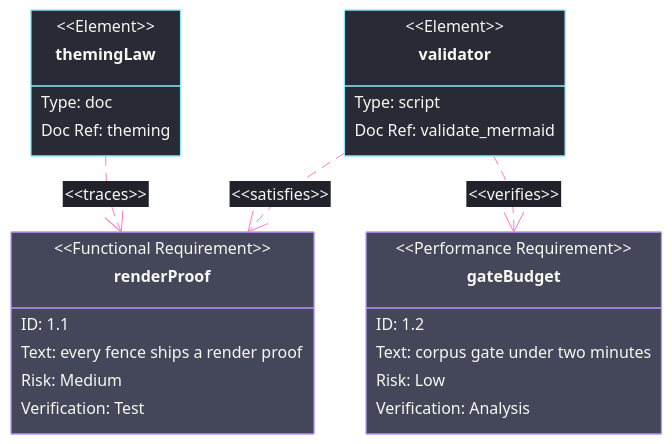
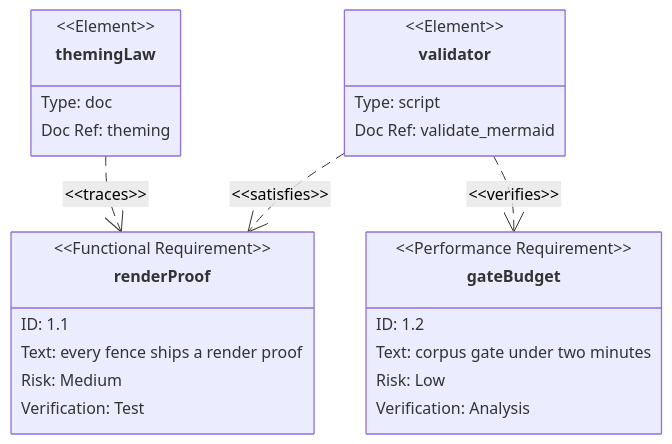
Before and after one commit to bsamiee/Rasm: the fourth of 25 diagrams in .claude/skills/mermaid-diagramming/references/syntax-extended.md, drawn with Mermaid. The commit also changed other lines of this file and 28 other files, not shown here.

Commit message:
skills(docgen+mermaid): payload-only diagram law — docgen gate/fixer strips fence styling; mermaid bundle sheds the styling canon, theming survives as one opt-in reference

````diff
--- a/.claude/skills/mermaid-diagramming/references/syntax-extended.md
+++ b/.claude/skills/mermaid-diagramming/references/syntax-extended.md
@@ -212,57 +127,36 @@
 ```mermaid
 ---
 config:
-  theme: base
-  look: classic
   htmlLabels: false
   requirement:
-    fontSize: 13
     rect_min_width: 190
     rect_min_height: 80
     rect_padding: 12
-  themeVariables:
-    darkMode: true
-    fontFamily: "SF Mono, Menlo, Cascadia Mono, Segoe UI Mono, Consolas, monospace"
-    useGradient: false
-    dropShadow: "none"
-    textColor: "#F8F8F2"
-    requirementBackground: "#44475A"
-    requirementBorderColor: "#BD93F9"
-    requirementTextColor: "#F8F8F2"
-    relationColor: "#FF79C6"
-    relationLabelColor: "#F8F8F2"
-    relationLabelBackground: "#21222C"
-    edgeLabelBackground: "#21222C"
-  themeCSS: ".relationshipLine{stroke-width:1.5px;stroke-dasharray:4 6}[id$='requirement_arrowEnd'] path{transform:scale(.5);transform-origin:20px 10px}[id$='requirement_containsStart'] circle,[id$='requirement_containsStart'] line{transform:scale(.6);transform-origin:0px 10px}.reqTitle{font-weight:600}"
 ---
 requirementDiagram
   accTitle: Render requirement trace
   accDescr: A render-proof requirement satisfied by the validator, verified by the corpus gate, and traced to the theming law document.
   functionalRequirement renderProof {
     id: 1.1
     text: every fence ships a render proof
     risk: Medium
     verifyMethod: Test
   }
   performanceRequirement gateBudget {
     id: 1.2
     text: corpus gate under two minutes
     risk: Low
     verifyMethod: Analysis
   }
   element validator {
     type: script
     docref: validate_mermaid
   }
   element themingLaw {
     type: doc
     docref: theming
   }
   validator - satisfies -> renderProof
   validator - verifies -> gateBudget
   renderProof <- traces - themingLaw
-  classDef primary fill:#44475A,stroke:#BD93F9,color:#F8F8F2
-  classDef external fill:#282A36,stroke:#8BE9FD,color:#F8F8F2
-  class renderProof,gateBudget primary
-  class validator,themingLaw external
 ```
````
